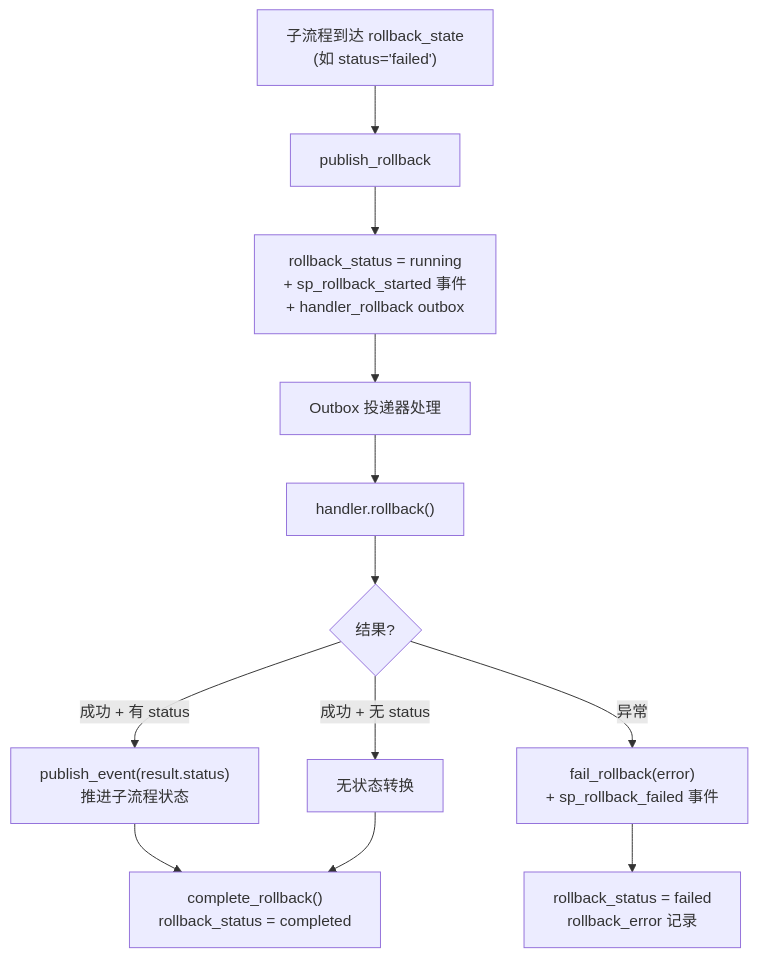
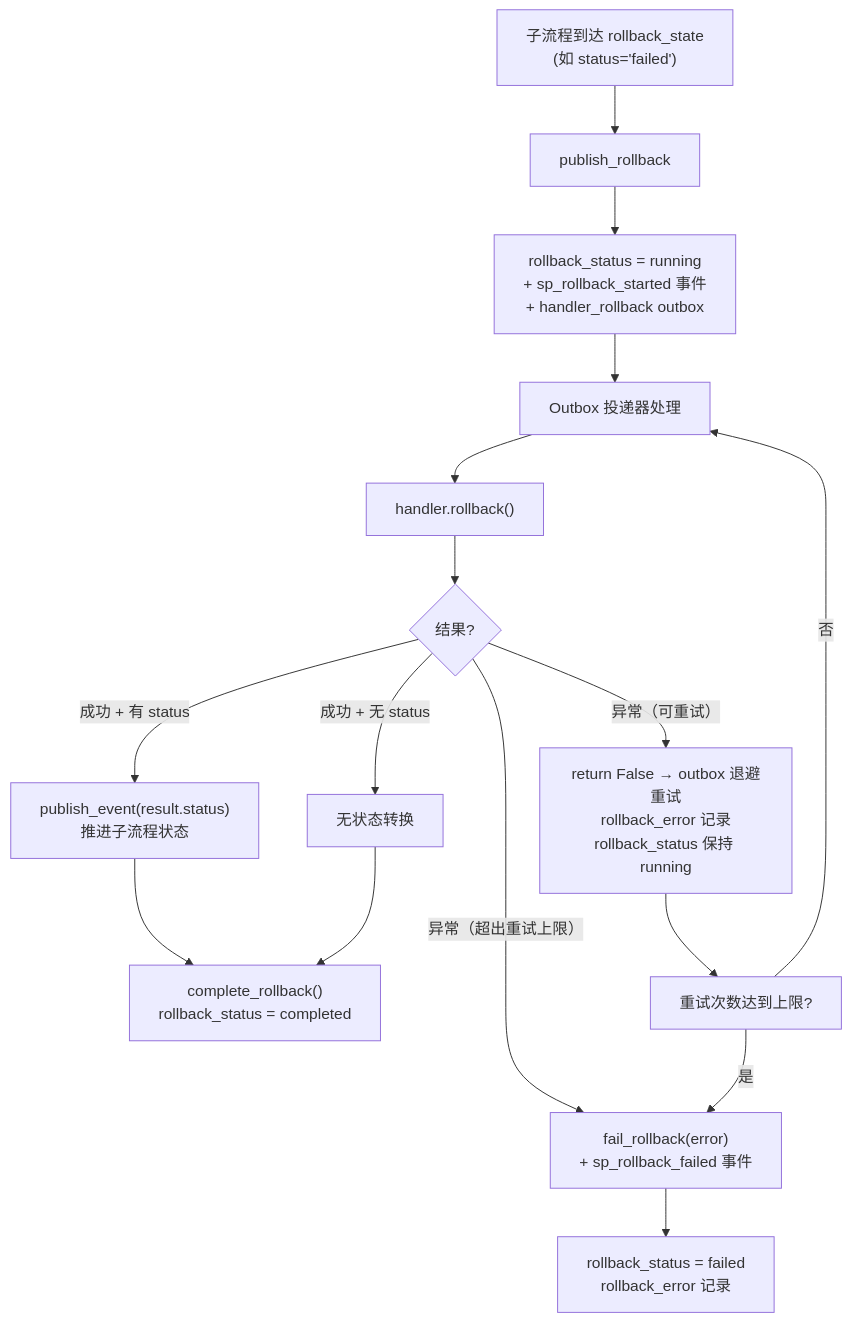
Before and after one commit to rhosocial/python-stateflow: the fourth of 4 diagrams in docs/zh_CN/runtime/README.md, drawn with Mermaid. The commit also changed other lines of this file and 13 other files, not shown here.

First line of the commit message:
feat: make timeout and rollback retryable (complete the every-node-retryable vision)

````diff
--- a/docs/zh_CN/runtime/README.md
+++ b/docs/zh_CN/runtime/README.md
@@ -203,14 +204,18 @@
 ```mermaid
 flowchart TD
     A["子流程到达 rollback_state<br/>(如 status='failed')"] --> B["publish_rollback"]
     B --> C["rollback_status = running<br/>+ sp_rollback_started 事件<br/>+ handler_rollback outbox"]
     C --> D["Outbox 投递器处理"]
     D --> E["handler.rollback()"]
     E --> F{"结果?"}
     F -->|成功 + 有 status| G["publish_event(result.status)<br/>推进子流程状态"]
     F -->|成功 + 无 status| H["无状态转换"]
-    F -->|异常| I["fail_rollback(error)<br/>+ sp_rollback_failed 事件"]
-    G --> J["complete_rollback()<br/>rollback_status = completed"]
-    H --> J
-    I --> K["rollback_status = failed<br/>rollback_error 记录"]
+    F -->|异常（可重试）| I["return False → outbox 退避重试<br/>rollback_error 记录<br/>rollback_status 保持 running"]
+    F -->|异常（超出重试上限）| J["fail_rollback(error)<br/>+ sp_rollback_failed 事件"]
+    G --> K["complete_rollback()<br/>rollback_status = completed"]
+    H --> K
+    I --> L["重试次数达到上限?"]
+    L -->|否| D
+    L -->|是| J
+    J --> M["rollback_status = failed<br/>rollback_error 记录"]
 ```
````
